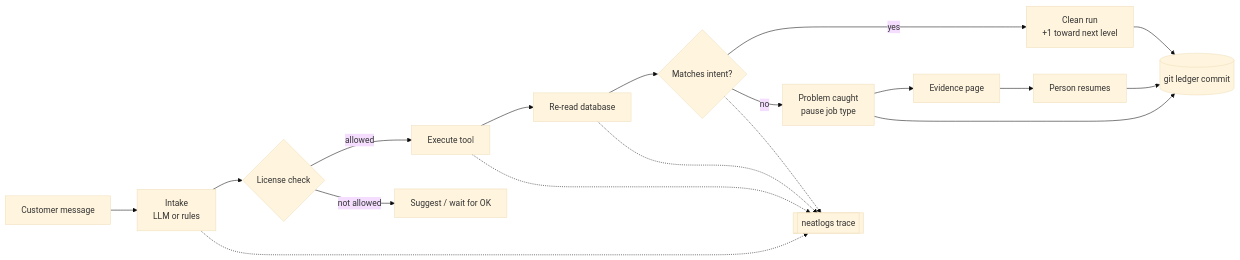
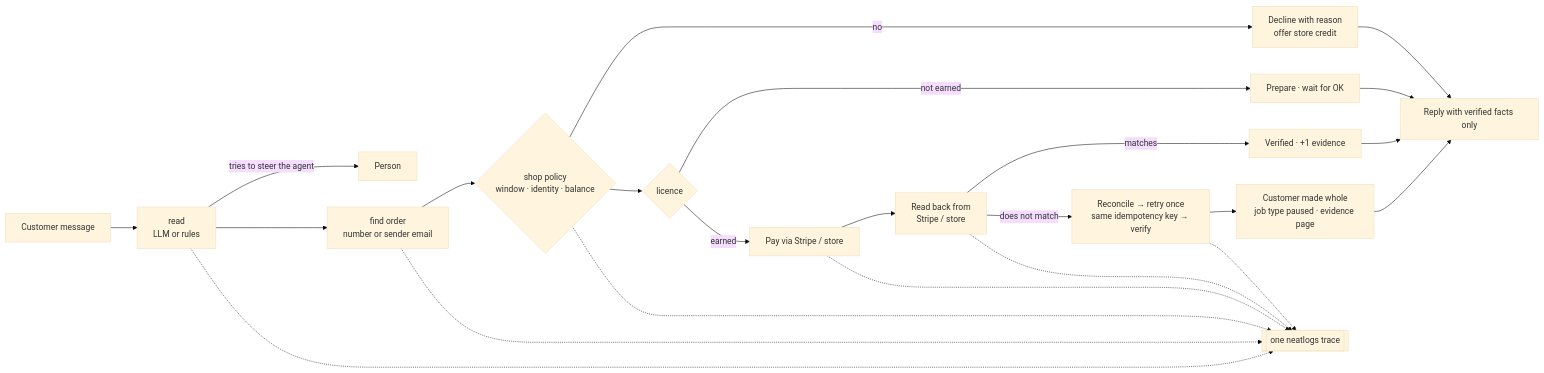
Before and after one commit to JAYATIAHUJA/Solo_license: the diagram in README.md, drawn with Mermaid (base theme). The commit also changed other lines of this file and 9 other files, not shown here.

````diff
--- a/README.md
+++ b/README.md
@@ -94,14 +47,17 @@
 ```mermaid
 flowchart LR
-    M[Customer message] --> I[Intake<br/>LLM or rules]
-    I --> L{License check}
-    L -->|allowed| X[Execute tool]
-    L -->|not allowed| S[Suggest / wait for OK]
-    X --> V[Re-read database]
-    V --> D{Matches intent?}
-    D -->|yes| C[Clean run<br/>+1 toward next level]
-    D -->|no| P[Problem caught<br/>pause job type]
-    P --> E[Evidence page] --> H[Person resumes]
-    C & P & H --> G[(git ledger commit)]
-    I & X & V & D -.-> N[[neatlogs trace]]
+    M[Customer message] --> R[read<br/>LLM or rules]
+    R -->|tries to steer the agent| H[Person]
+    R --> F[find order<br/>number or sender email]
+    F --> P{shop policy<br/>window · identity · balance}
+    P -->|no| D[Decline with reason<br/>offer store credit]
+    P --> L{licence}
+    L -->|not earned| A[Prepare · wait for OK]
+    L -->|earned| X[Pay via Stripe / store]
+    X --> V[Read back from<br/>Stripe / store]
+    V -->|matches| C[Verified · +1 evidence]
+    V -->|does not match| RC[Reconcile → retry once<br/>same idempotency key → verify]
+    RC --> Q[Customer made whole<br/>job type paused · evidence page]
+    C & A & D & Q --> Y[Reply with verified facts only]
+    R & F & P & X & V & RC -.-> N[[one neatlogs trace]]
 ```
````
